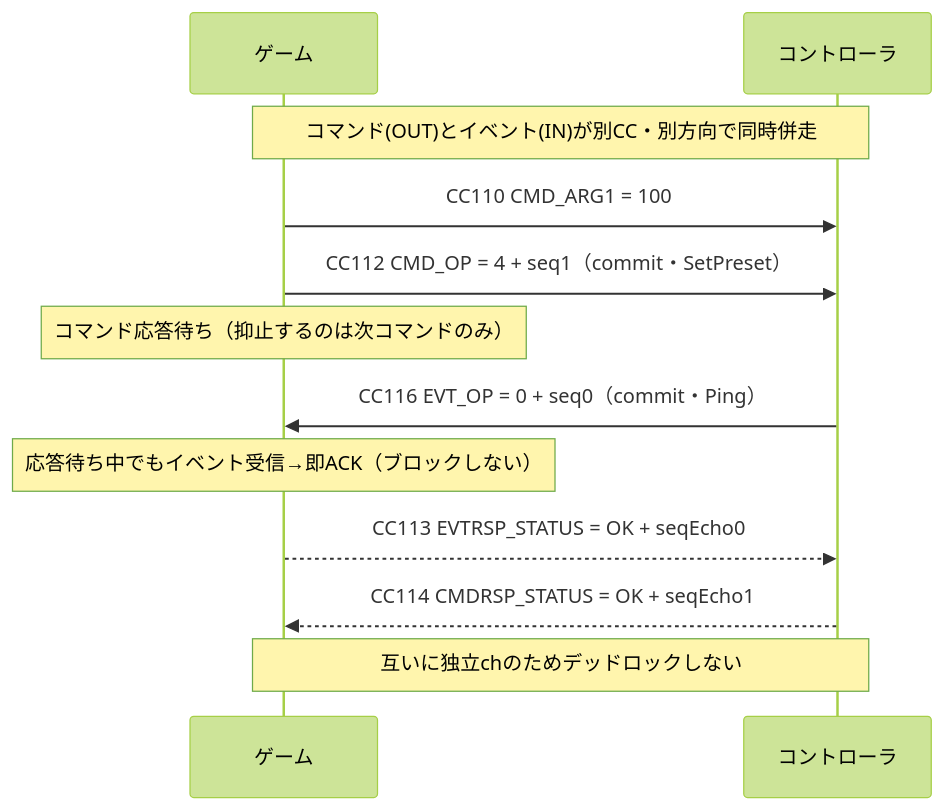
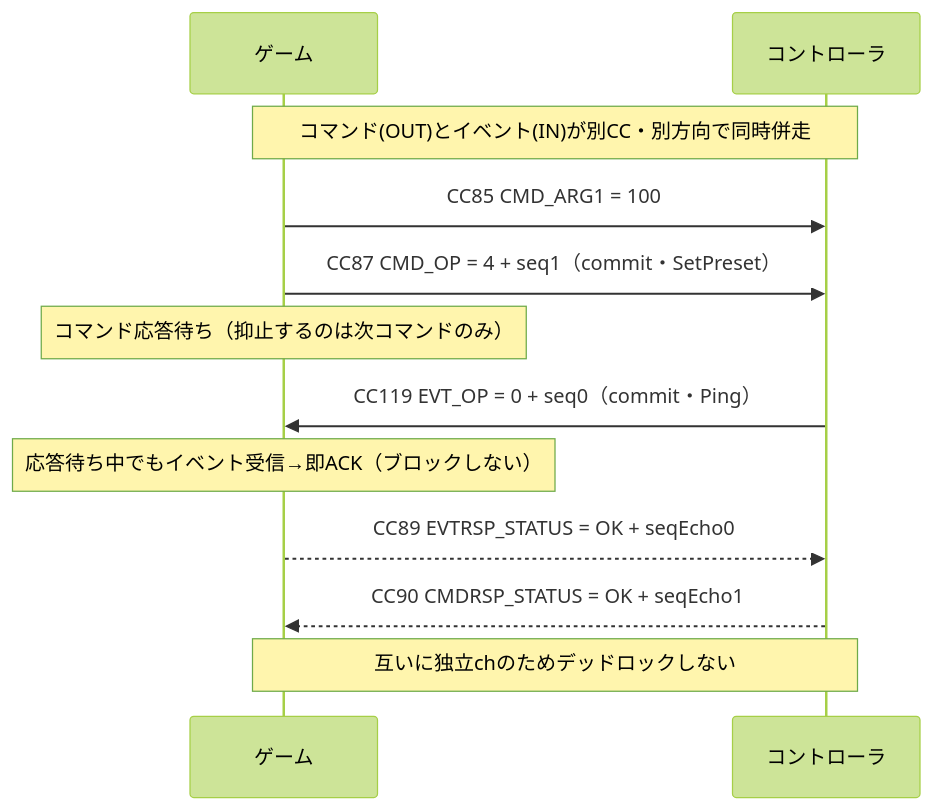
The third of 4 diagrams in docs/specs/midi-mapping.md (sanlike0911/pyMidiSimulator), drawn with Mermaid (forest theme) before and after one commit. The commit also changed other lines of this file, not shown here.

````diff
--- a/docs/specs/midi-mapping.md
+++ b/docs/specs/midi-mapping.md
@@ -297,14 +293,14 @@
 ```mermaid
 sequenceDiagram
     participant G as ゲーム
     participant C as コントローラ
     Note over G,C: コマンド(OUT)とイベント(IN)が別CC・別方向で同時併走
-    G->>C: CC110 CMD_ARG1 = 100
-    G->>C: CC112 CMD_OP = 4 + seq1（commit・SetPreset）
+    G->>C: CC85 CMD_ARG1 = 100
+    G->>C: CC87 CMD_OP = 4 + seq1（commit・SetPreset）
     Note over G: コマンド応答待ち（抑止するのは次コマンドのみ）
-    C->>G: CC116 EVT_OP = 0 + seq0（commit・Ping）
+    C->>G: CC119 EVT_OP = 0 + seq0（commit・Ping）
     Note over G: 応答待ち中でもイベント受信→即ACK（ブロックしない）
-    G-->>C: CC113 EVTRSP_STATUS = OK + seqEcho0
-    C-->>G: CC114 CMDRSP_STATUS = OK + seqEcho1
+    G-->>C: CC89 EVTRSP_STATUS = OK + seqEcho0
+    C-->>G: CC90 CMDRSP_STATUS = OK + seqEcho1
     Note over G,C: 互いに独立chのためデッドロックしない
 ```
````
